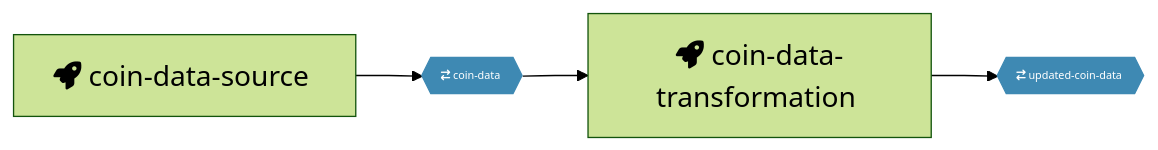
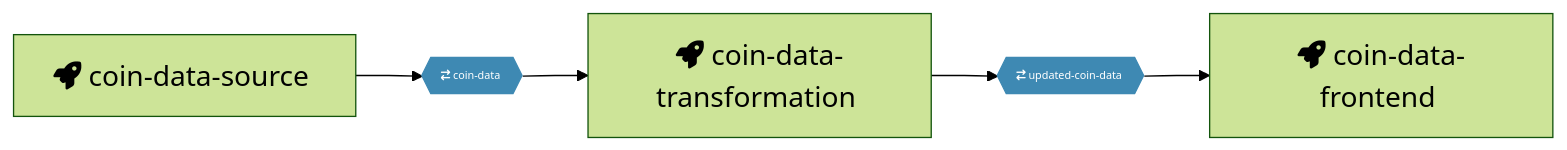
One commit to ChrisGilchrist/QuixCoinMarket changed the diagram in pipeline.md. Above: the diagram before and after it, drawn with Mermaid (forest theme). The commit also changed 11 other files, not shown here.

````diff
--- a/pipeline.md
+++ b/pipeline.md
@@ -1,14 +1,15 @@
 ```mermaid
 %%{ init: { 'flowchart': { 'curve': 'monotoneX' } } }%%
 graph LR;
 coin-data-source[fa:fa-rocket coin-data-source &#8205] --> coin-data{{ fa:fa-arrow-right-arrow-left coin-data &#8205}}:::topic;
 coin-data{{ fa:fa-arrow-right-arrow-left coin-data &#8205}}:::topic --> coin-data-transformation[fa:fa-rocket coin-data-transformation &#8205];
 coin-data-transformation[fa:fa-rocket coin-data-transformation &#8205] --> updated-coin-data{{ fa:fa-arrow-right-arrow-left updated-coin-data &#8205}}:::topic;
+updated-coin-data{{ fa:fa-arrow-right-arrow-left updated-coin-data &#8205}}:::topic --> coin-data-frontend[fa:fa-rocket coin-data-frontend &#8205];
 
 
 classDef default font-size:110%;
 classDef topic font-size:80%;
 classDef topic fill:#3E89B3;
 classDef topic stroke:#3E89B3;
 classDef topic color:white;
 ```
````
